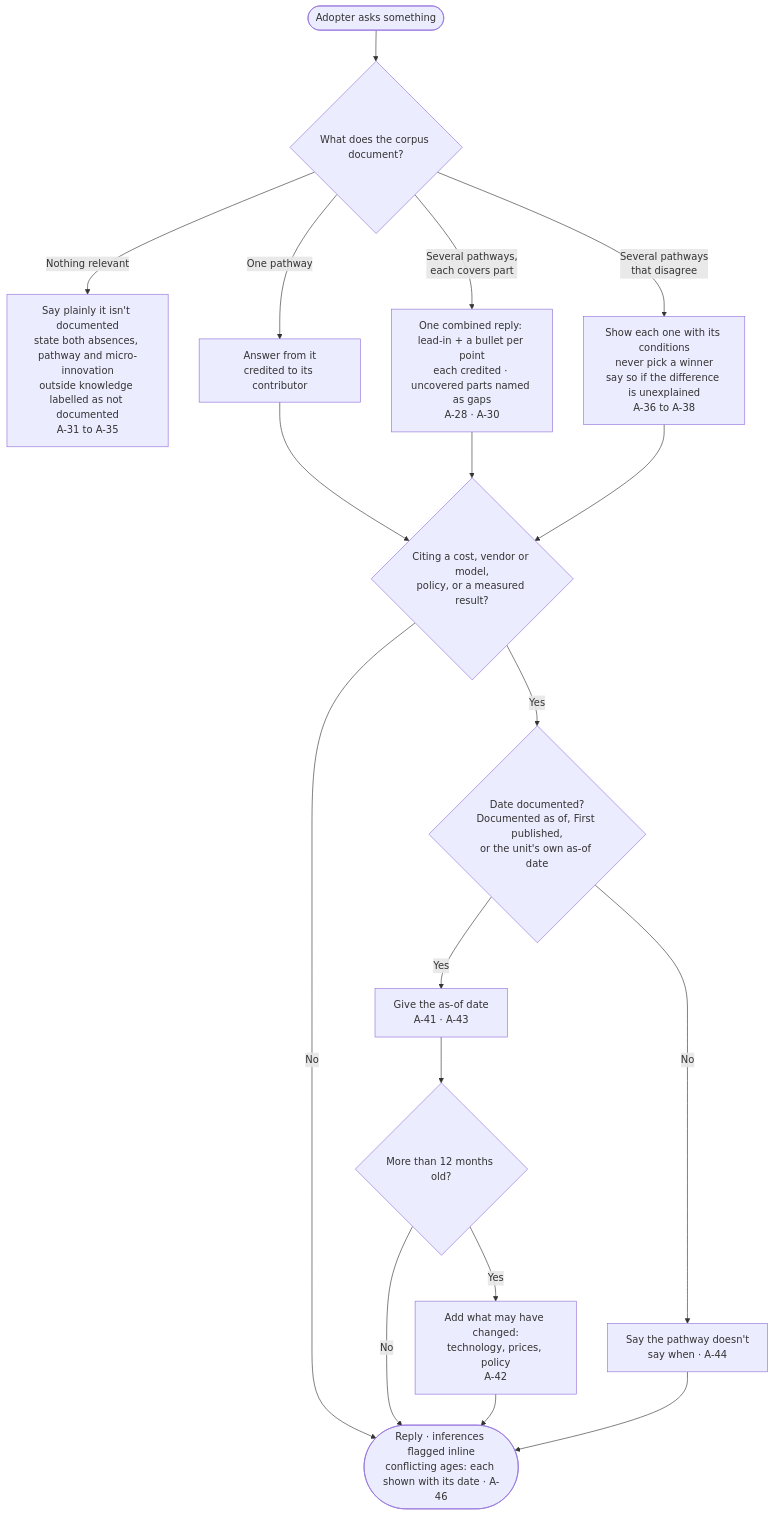
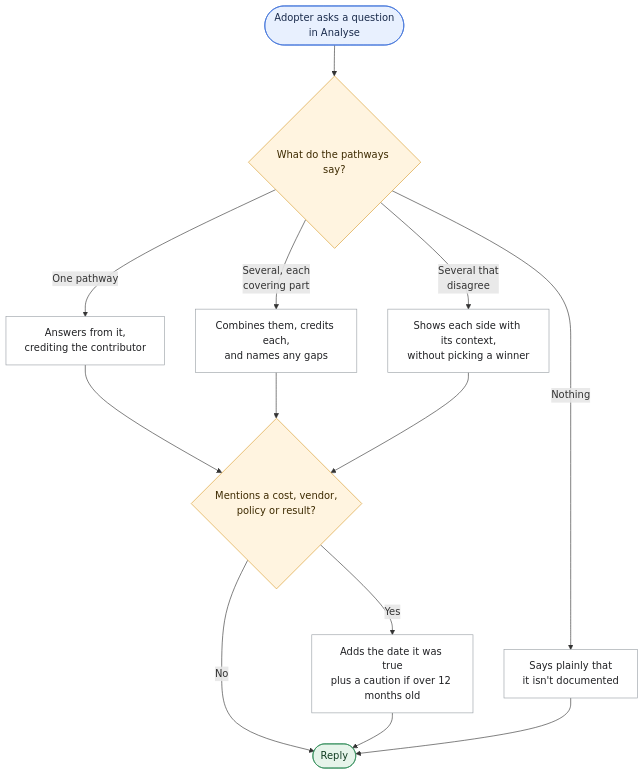
Before and after one commit to SwanandAI/diffusion-cube: the fifth of 5 diagrams in docs/tasks/toolkit-asset-files/plan.md, drawn with Mermaid. The commit also changed other lines of this file, not shown here.

````diff
--- a/docs/tasks/toolkit-asset-files/plan.md
+++ b/docs/tasks/toolkit-asset-files/plan.md
@@ -405,26 +402,25 @@
 ```mermaid
 flowchart TD
-    Q(["Adopter asks something"]) --> CORPUS{"What does the corpus document?"}
+    A(["Adopter asks a question<br/>in Analyse"]) --> B{"What do the pathways say?"}
+    B -->|Nothing| C["Says plainly that<br/>it isn't documented"]
+    B -->|"One pathway"| D["Answers from it,<br/>crediting the contributor"]
+    B -->|"Several, each<br/>covering part"| E["Combines them, credits each,<br/>and names any gaps"]
+    B -->|"Several that<br/>disagree"| F["Shows each side with its context,<br/>without picking a winner"]
 
-    CORPUS -->|Nothing relevant| NOEV["Say plainly it isn't documented<br/>state both absences, pathway and micro-innovation<br/>outside knowledge labelled as not documented<br/>A-31 to A-35"]
-    CORPUS -->|One pathway| ONE["Answer from it<br/>credited to its contributor"]
-    CORPUS -->|"Several pathways,<br/>each covers part"| SCATTER["One combined reply: lead-in + a bullet per point<br/>each credited · uncovered parts named as gaps<br/>A-28 · A-30"]
-    CORPUS -->|"Several pathways<br/>that disagree"| CONFLICT["Show each one with its conditions<br/>never pick a winner<br/>say so if the difference is unexplained<br/>A-36 to A-38"]
+    D --> G{"Mentions a cost, vendor,<br/>policy or result?"}
+    E --> G
+    F --> G
+    G -->|Yes| H["Adds the date it was true<br/>plus a caution if over 12 months old"]
+    G -->|No| R
+    H --> R(["Reply"])
+    C --> R
 
-    ONE --> TIME
-    SCATTER --> TIME
-    CONFLICT --> TIME
-
-    TIME{"Citing a cost, vendor or model,<br/>policy, or a measured result?"}
-    TIME -->|No| REPLY
-    TIME -->|Yes| DATED{"Date documented?<br/>Documented as of, First published,<br/>or the unit's own as-of date"}
-    DATED -->|No| NODATE["Say the pathway doesn't<br/>say when · A-44"]
-    DATED -->|Yes| GIVE["Give the as-of date<br/>A-41 · A-43"]
-    GIVE --> AGE{"More than 12 months old?"}
-    AGE -->|Yes| WARN["Add what may have changed:<br/>technology, prices, policy<br/>A-42"]
-    AGE -->|No| REPLY
-    WARN --> REPLY
-    NODATE --> REPLY
-
-    REPLY(["Reply · inferences flagged inline<br/>conflicting ages: each shown with its date · A-46"])
+    classDef start fill:#E8F0FE,stroke:#3B6FD8,color:#1A2B4C
+    classDef decision fill:#FFF4E0,stroke:#D99A2B,color:#3D2A00
+    classDef step fill:#FFFFFF,stroke:#9AA0A6,color:#202124
+    classDef done fill:#E6F4EA,stroke:#2E8B57,color:#123D22
+    class A start
+    class B,G decision
+    class C,D,E,F,H step
+    class R done
 ```
````
